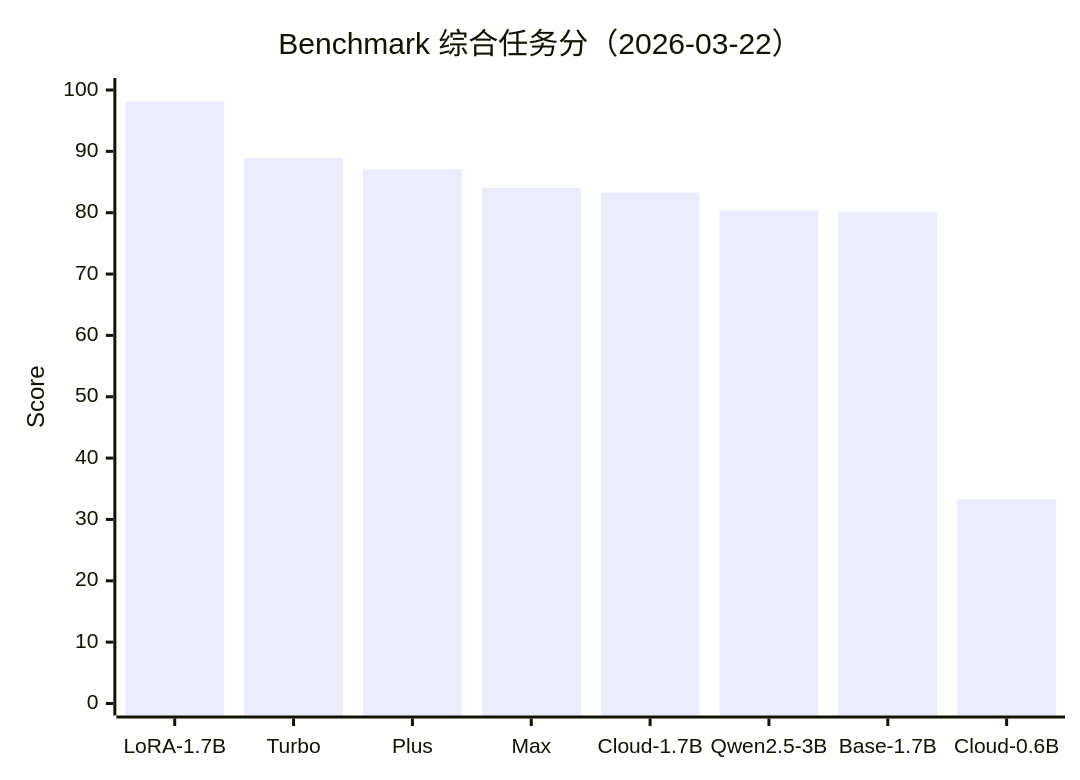
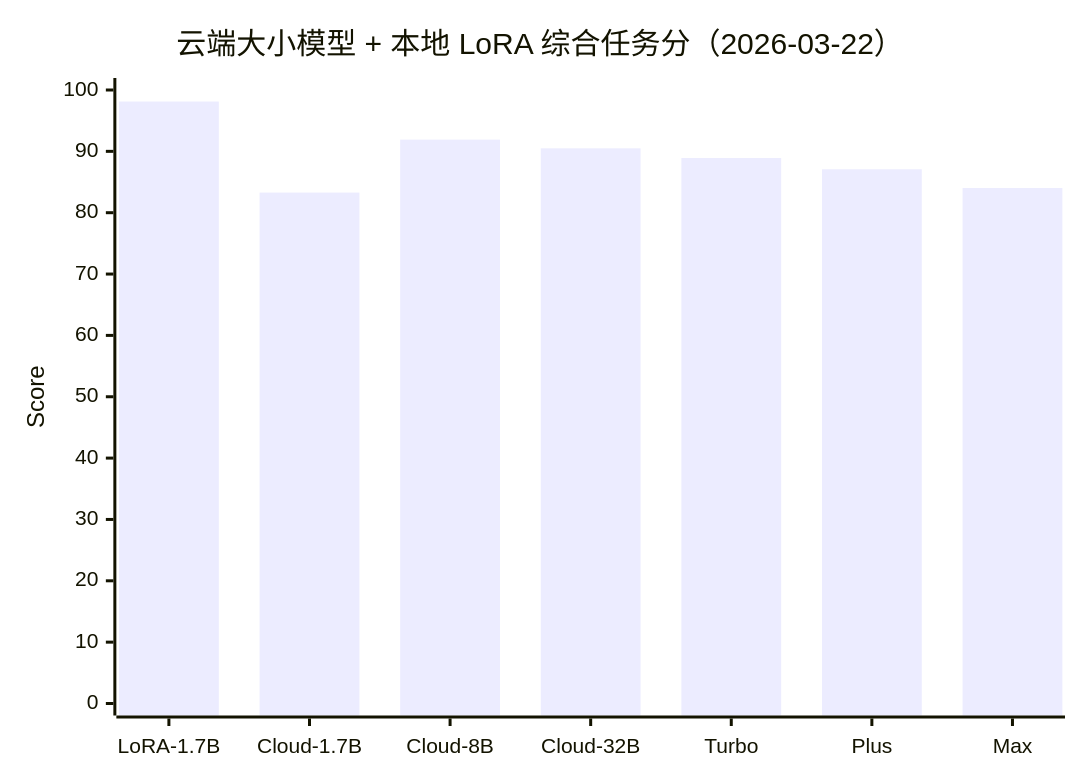
The first of 5 diagrams in docs/开发文档/Qwen3-1.7B-LoRA-对标评测报告-2026-03-22.md (tianxingleo/BrainDance), drawn with Mermaid before and after one commit. The commit also changed other lines of this file and 5 other files, not shown here.

````diff
--- a/docs/开发文档/Qwen3-1.7B-LoRA-对标评测报告-2026-03-22.md
+++ b/docs/开发文档/Qwen3-1.7B-LoRA-对标评测报告-2026-03-22.md
@@ -50,7 +156,7 @@
 ```mermaid
 xychart-beta
-  title "Benchmark 综合任务分（2026-03-22）"
-  x-axis ["LoRA-1.7B","Turbo","Plus","Max","Cloud-1.7B","Qwen2.5-3B","Base-1.7B","Cloud-0.6B"]
+  title "云端大小模型 + 本地 LoRA 综合任务分（2026-03-22）"
+  x-axis ["LoRA-1.7B","Cloud-1.7B","Cloud-8B","Cloud-32B","Turbo","Plus","Max"]
   y-axis "Score" 0 --> 100
-  bar [98.12,88.92,87.08,84.03,83.28,80.37,80.16,33.28]
+  bar [98.12,83.28,91.91,90.49,88.92,87.08,84.03]
 ```
````
